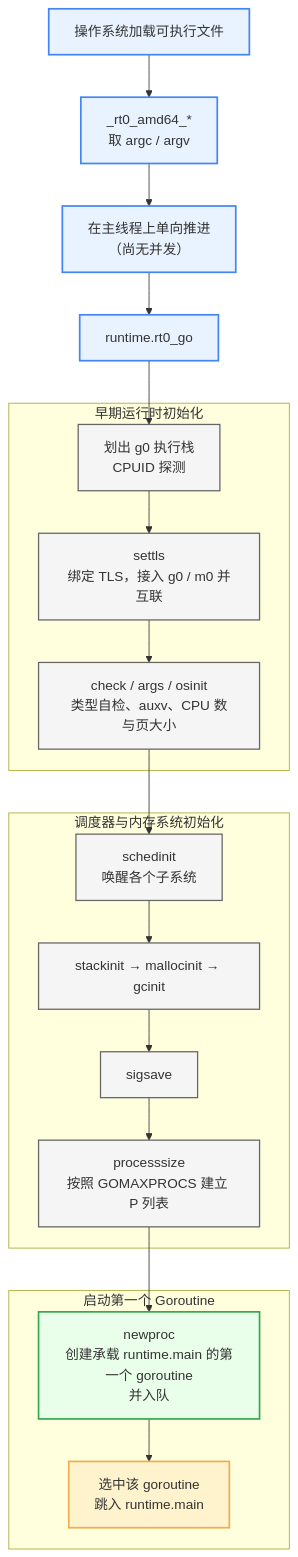
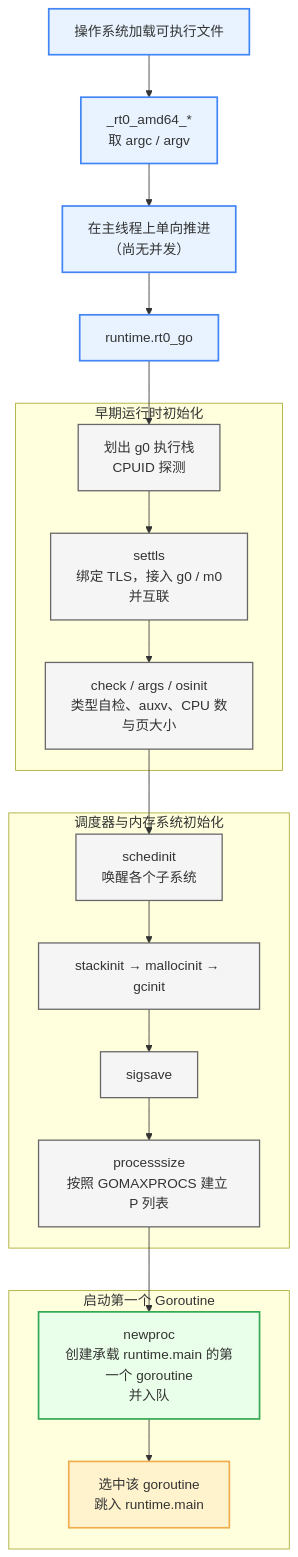
The second of 2 diagrams in docs/go/3程序的生命周期.md (sage6/mypress), drawn with Mermaid before and after one commit. The commit also changed other lines of this file and 5 other files, not shown here.

Commit message:
fix: 修改mermaid流程图显示不出来的问题

````diff
--- a/docs/go/3程序的生命周期.md
+++ b/docs/go/3程序的生命周期.md
@@ -204,42 +199,42 @@
 ```mermaid
 
 flowchart TD
 A["操作系统加载可执行文件"]
 B["_rt0_amd64_*<br/>取 argc / argv"]
 C["在主线程上单向推进<br/>（尚无并发）"]
 D["runtime.rt0_go"]
 
     subgraph S1["早期运行时初始化"]
         E["划出 g0 执行栈<br/>CPUID 探测"]
-        F["settls<br/>绑定 TLS，接入 g0 / m0 并互联"]
-        G["check / args / osinit<br/>类型自检、auxv、CPU 数与页大小"]
+        F["settls<br/>绑定 TLS，接入 g0 / m0<br/>并互联"]
+        G["check / args / osinit<br/>类型自检、auxv、CPU 数<br/>与页大小"]
     end
 
     subgraph S2["调度器与内存系统初始化"]
         H["schedinit<br/>唤醒各个子系统"]
         I["stackinit → mallocinit → gcinit"]
         J["sigsave"]
         K["processsize<br/>按照 GOMAXPROCS 建立 P 列表"]
     end
 
     subgraph S3["启动第一个 Goroutine"]
         L["newproc<br/>创建承载 runtime.main 的第一个 goroutine<br/>并入队"]
         M["选中该 goroutine<br/>跳入 runtime.main"]
     end
 
     A --> B --> C --> D
     D --> E --> F --> G
     G --> H --> I --> J --> K
     K --> L --> M
 
     classDef start fill:#e8f3ff,stroke:#4285f4,stroke-width:2px
     classDef init fill:#f5f5f5,stroke:#666,stroke-width:1.5px
     classDef goroutine fill:#eaffea,stroke:#34a853,stroke-width:2px
     classDef final fill:#fff3cd,stroke:#f0ad4e,stroke-width:2px
 
     class A,B,C,D start
     class E,F,G,H,I,J,K init
     class L goroutine
     class M final
 
 ```
````
